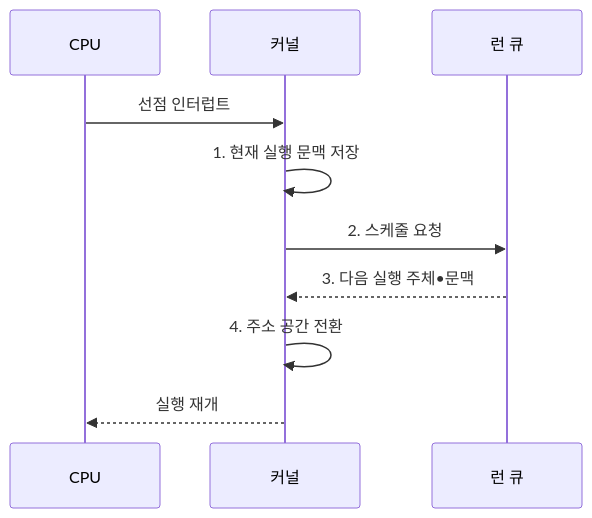
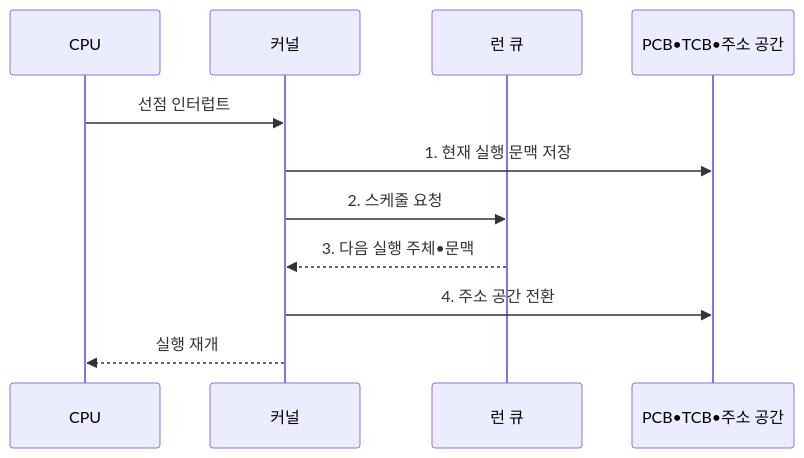
Before and after one commit to agnusdei1207/knowledge-base: the second of 2 diagrams in src/content/docs/notes/03-software/002_pcb_context_switching.md, drawn with Mermaid. The commit also changed other lines of this file and 12 other files, not shown here.

````diff
--- a/src/content/docs/notes/03-software/002_pcb_context_switching.md
+++ b/src/content/docs/notes/03-software/002_pcb_context_switching.md
@@ -106,12 +106,13 @@
 ```mermaid
 sequenceDiagram
     participant C as CPU
     participant K as 커널
     participant Q as 런 큐
+    participant M as PCB•TCB•주소 공간
     C->>K: 선점 인터럽트
-    K->>K: 1. 현재 실행 문맥 저장
+    K->>M: 1. 현재 실행 문맥 저장
     K->>Q: 2. 스케줄 요청
     Q-->>K: 3. 다음 실행 주체•문맥
-    K->>K: 4. 주소 공간 전환
+    K->>M: 4. 주소 공간 전환
     K-->>C: 실행 재개
 ```
````
